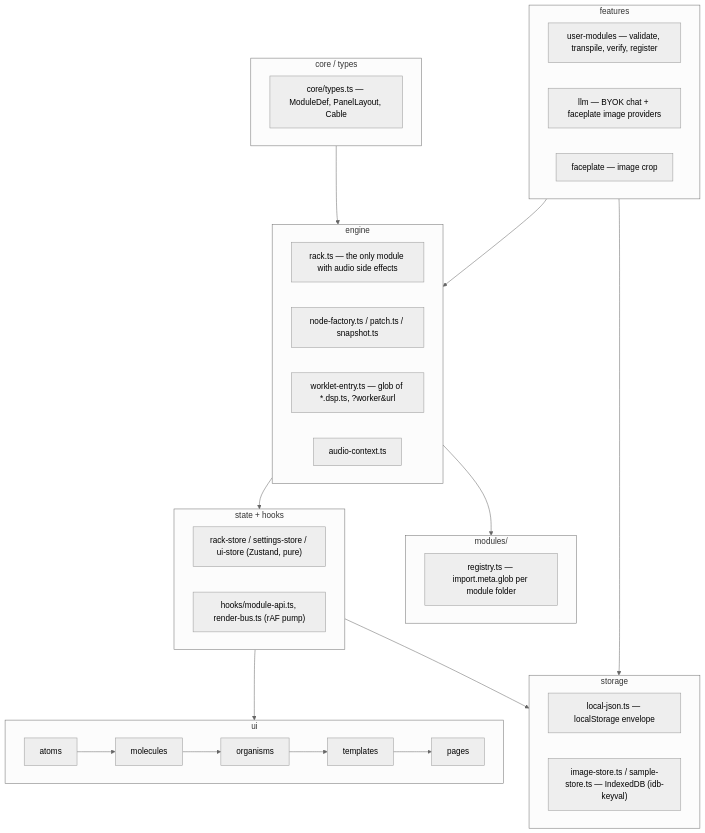
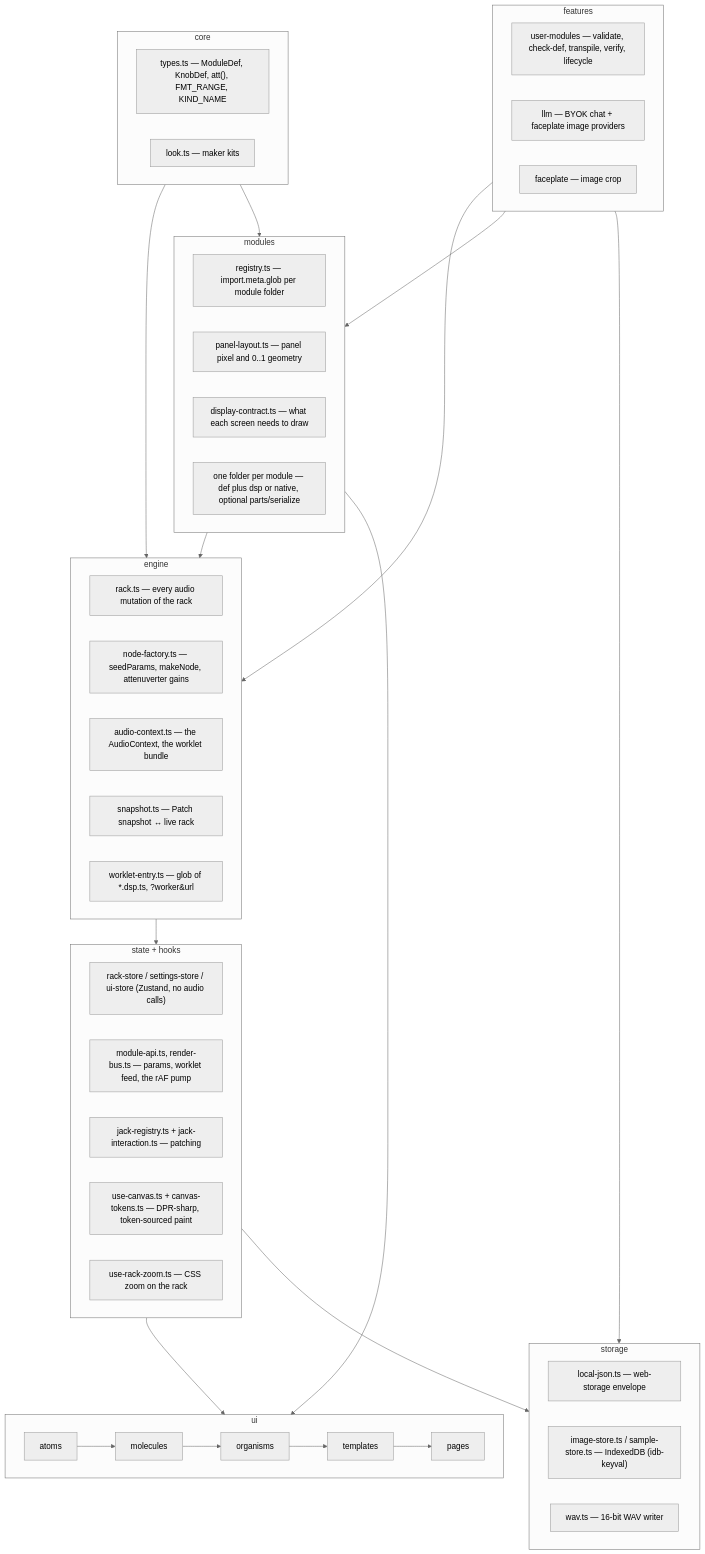
One commit to modularmechanic/signaly changed the diagram in docs/system-architecture.md. Above: the diagram before and after it, drawn with Mermaid (neutral theme). The commit also changed other lines of this file and 336 other files, not shown here.

````diff
--- a/docs/system-architecture.md
+++ b/docs/system-architecture.md
@@ -14,39 +15,51 @@
 ```mermaid
 flowchart TB
-    subgraph core["core / types"]
-        T["core/types.ts — ModuleDef, PanelLayout, Cable"]
+    subgraph core["core"]
+        T["types.ts — ModuleDef, KnobDef, att(), FMT_RANGE, KIND_NAME"]
+        L["look.ts — maker kits"]
     end
     subgraph engine["engine"]
-        E1["rack.ts — the only module with audio side effects"]
-        E2["node-factory.ts / patch.ts / snapshot.ts"]
-        E3["worklet-entry.ts — glob of *.dsp.ts, ?worker&url"]
-        E4["audio-context.ts"]
+        E1["rack.ts — every audio mutation of the rack"]
+        E2["node-factory.ts — seedParams, makeNode, attenuverter gains"]
+        E3["audio-context.ts — the AudioContext, the worklet bundle"]
+        E4["snapshot.ts — Patch snapshot ↔ live rack"]
+        E5["worklet-entry.ts — glob of *.dsp.ts, ?worker&url"]
+    end
+    subgraph modules["modules"]
+        M1["registry.ts — import.meta.glob per module folder"]
+        M2["panel-layout.ts — panel pixel and 0..1 geometry"]
+        M3["display-contract.ts — what each screen needs to draw"]
+        M4["one folder per module — def plus dsp or native, optional parts/serialize"]
     end
     subgraph state["state + hooks"]
-        S1["rack-store / settings-store / ui-store (Zustand, pure)"]
-        S2["hooks/module-api.ts, render-bus.ts (rAF pump)"]
+        S1["rack-store / settings-store / ui-store (Zustand, no audio calls)"]
+        S2["module-api.ts, render-bus.ts — params, worklet feed, the rAF pump"]
+        S3["jack-registry.ts + jack-interaction.ts — patching"]
+        S4["use-canvas.ts + canvas-tokens.ts — DPR-sharp, token-sourced paint"]
+        S5["use-rack-zoom.ts — CSS zoom on the rack"]
     end
     subgraph ui["ui"]
         U1["atoms"] --> U2["molecules"] --> U3["organisms"] --> U4["templates"] --> U5["pages"]
     end
     subgraph features["features"]
-        F1["user-modules — validate, transpile, verify, register"]
+        F1["user-modules — validate, check-def, transpile, verify, lifecycle"]
         F2["llm — BYOK chat + faceplate image providers"]
         F3["faceplate — image crop"]
     end
     subgraph storage["storage"]
-        ST1["local-json.ts — localStorage envelope"]
+        ST1["local-json.ts — web-storage envelope"]
         ST2["image-store.ts / sample-store.ts — IndexedDB (idb-keyval)"]
-    end
-    subgraph modules["modules/<id>"]
-        M1["registry.ts — import.meta.glob per module folder"]
+        ST3["wav.ts — 16-bit WAV writer"]
     end
 
     core --> engine
+    core --> modules
+    modules --> engine
     engine --> state
     state --> ui
+    modules --> ui
     features --> engine
+    features --> modules
     features --> storage
-    engine --> modules
     state --> storage
 ```
````
